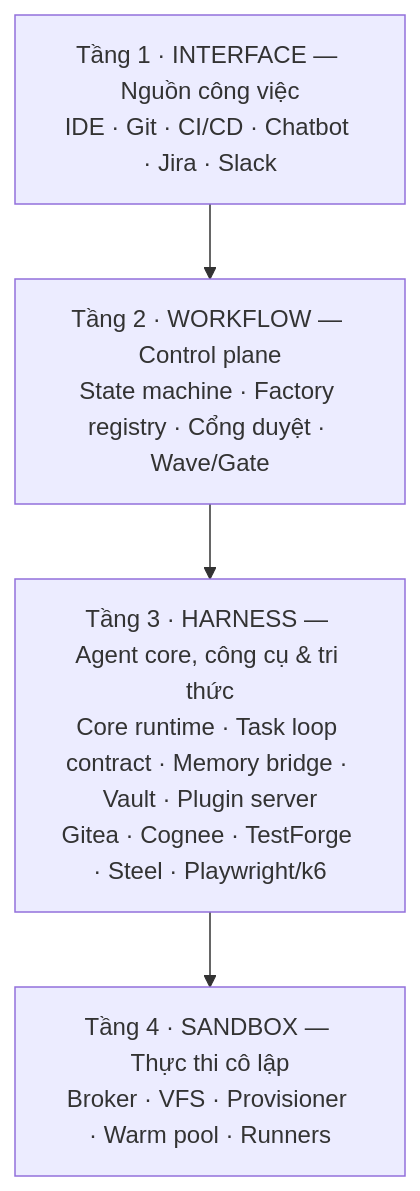
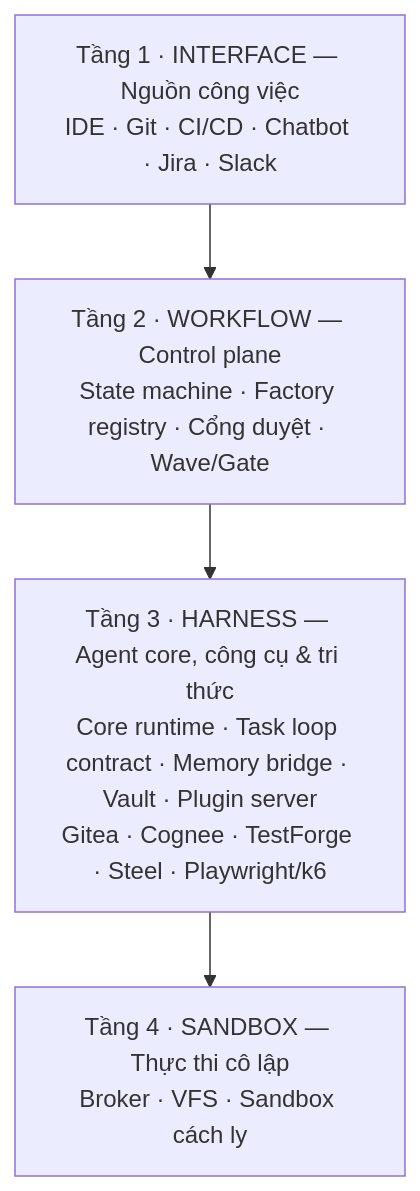
Before and after one commit to vanguard-lint/vanguard-factory: the diagram in docs/02-architecture/tong-quan-4-tang.mdx, drawn with Mermaid. The commit also changed other lines of this file and 19 other files, not shown here.

````diff
--- a/docs/02-architecture/tong-quan-4-tang.mdx
+++ b/docs/02-architecture/tong-quan-4-tang.mdx
@@ -11,8 +11,8 @@
 ```mermaid
 flowchart TB
     L1["Tầng 1 · INTERFACE — Nguồn công việc<br/>IDE · Git · CI/CD · Chatbot · Jira · Slack"]
     L2["Tầng 2 · WORKFLOW — Control plane<br/>State machine · Factory registry · Cổng duyệt · Wave/Gate"]
     L3["Tầng 3 · HARNESS — Agent core, công cụ & tri thức<br/>Core runtime · Task loop contract · Memory bridge · Vault · Plugin server<br/>Gitea · Cognee · TestForge · Steel · Playwright/k6"]
-    L4["Tầng 4 · SANDBOX — Thực thi cô lập<br/>Broker · VFS · Provisioner · Warm pool · Runners"]
+    L4["Tầng 4 · SANDBOX — Thực thi cô lập<br/>Broker · VFS · Sandbox cách ly"]
     L1 --> L2 --> L3 --> L4
 ```
````
